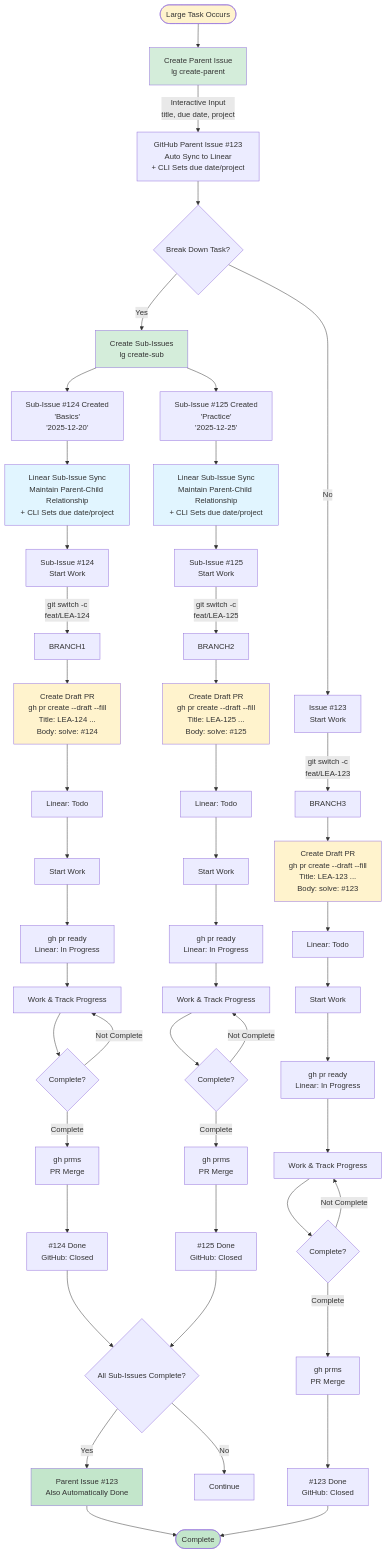
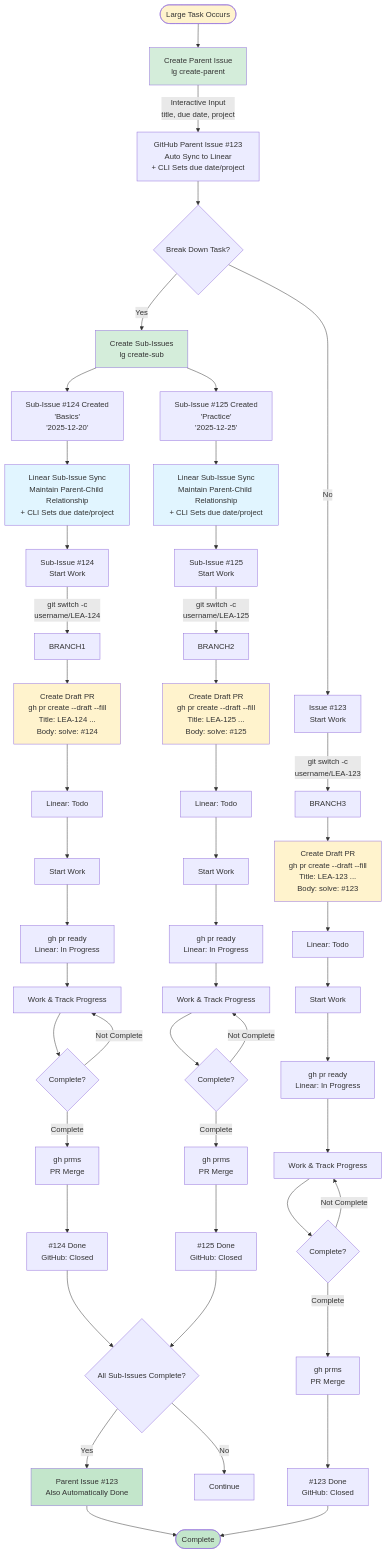
The third of 3 diagrams in workflow-diagram.md (Negoth/linear-github-cli), drawn with Mermaid before and after one commit. The commit also changed other lines of this file and 12 other files, not shown here.

```diff
--- a/workflow-diagram.md
+++ b/workflow-diagram.md
@@ -168,9 +168,9 @@
     
     WORK_SINGLE[Issue #123<br/>Start Work]
     
-    WORK_SUB1 --> |"git switch -c<br/>feat/LEA-124"| BRANCH1
-    WORK_SUB2 --> |"git switch -c<br/>feat/LEA-125"| BRANCH2
-    WORK_SINGLE --> |"git switch -c<br/>feat/LEA-123"| BRANCH3
+    WORK_SUB1 --> |"git switch -c<br/>username/LEA-124"| BRANCH1
+    WORK_SUB2 --> |"git switch -c<br/>username/LEA-125"| BRANCH2
+    WORK_SINGLE --> |"git switch -c<br/>username/LEA-123"| BRANCH3
     
     BRANCH1 --> DRAFT_PR1["Create Draft PR<br/>gh pr create --draft --fill<br/>Title: LEA-124 ...<br/>Body: solve: #124"]
     BRANCH2 --> DRAFT_PR2["Create Draft PR<br/>gh pr create --draft --fill<br/>Title: LEA-125 ...<br/>Body: solve: #125"]
```
